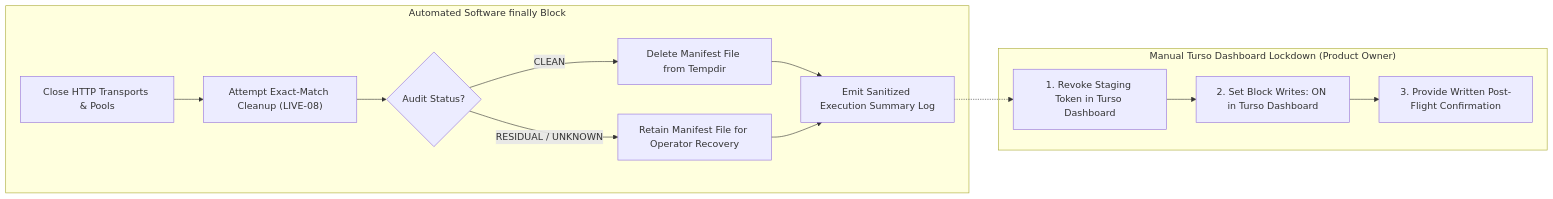
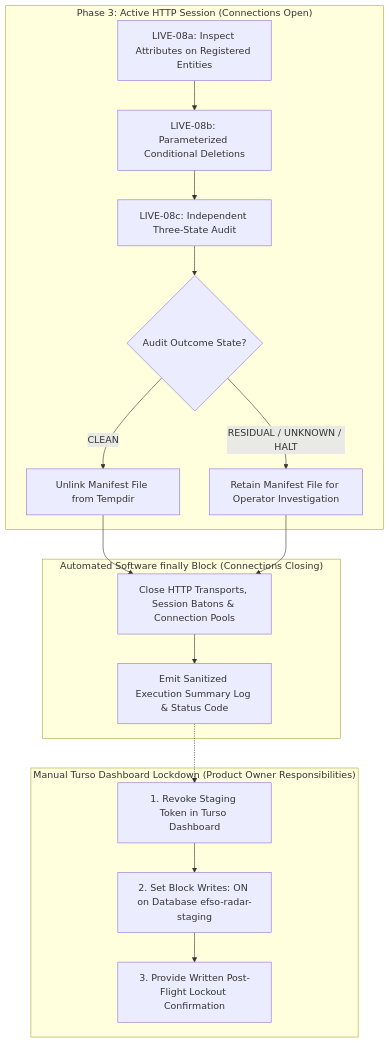
One commit to fatihemres/efso-radar changed the second of 2 diagrams in docs/PHASE5B3G_LIVE_STAGING_RELIABILITY_PLAN.md. Above: the diagram before and after it, drawn with Mermaid. The commit also changed other lines of this file, not shown here.

Commit message:
docs(phase5b3g): final operational safety hardening v2.2.0 with exact destination allowlist and conditional deletions

````diff
--- a/docs/PHASE5B3G_LIVE_STAGING_RELIABILITY_PLAN.md
+++ b/docs/PHASE5B3G_LIVE_STAGING_RELIABILITY_PLAN.md
@@ -332,17 +372,22 @@
 ```mermaid
-flowchart LR
-    subgraph SoftwareLayer["Automated Software finally Block"]
-        CloseHTTP["Close HTTP Transports & Pools"] --> RunCleanup["Attempt Exact-Match Cleanup (LIVE-08)"]
-        RunCleanup --> ManifestCheck{"Audit Status?"}
-        ManifestCheck -- CLEAN --> UnlinkManifest["Delete Manifest File from Tempdir"]
-        ManifestCheck -- RESIDUAL / UNKNOWN --> RetainManifest["Retain Manifest File for Operator Recovery"]
-        UnlinkManifest --> EmitLog["Emit Sanitized Execution Summary Log"]
-        RetainManifest --> EmitLog
+flowchart TD
+    subgraph ExecutionLayer["Phase 3: Active HTTP Session (Connections Open)"]
+        VerifyAttrs["LIVE-08a: Inspect Attributes on Registered Entities"] --> CondDelete["LIVE-08b: Parameterized Conditional Deletions"]
+        CondDelete --> StateAudit["LIVE-08c: Independent Three-State Audit"]
+        StateAudit --> AuditOutcome{"Audit Outcome State?"}
+        AuditOutcome -- "CLEAN" --> DeleteManifest["Unlink Manifest File from Tempdir"]
+        AuditOutcome -- "RESIDUAL / UNKNOWN / HALT" --> RetainManifest["Retain Manifest File for Operator Investigation"]
     end
 
-    subgraph OperatorLayer["Manual Turso Dashboard Lockdown (Product Owner)"]
+    subgraph SoftwareTeardown["Automated Software finally Block (Connections Closing)"]
+        DeleteManifest --> CloseHTTP["Close HTTP Transports, Session Batons & Connection Pools"]
+        RetainManifest --> CloseHTTP
+        CloseHTTP --> EmitLog["Emit Sanitized Execution Summary Log & Status Code"]
+    end
+
+    subgraph OperatorLockdown["Manual Turso Dashboard Lockdown (Product Owner Responsibilities)"]
         EmitLog -.-> ManualRevoke["1. Revoke Staging Token in Turso Dashboard"]
-        ManualRevoke --> ManualBlockWrites["2. Set Block Writes: ON in Turso Dashboard"]
-        ManualBlockWrites --> WrittenConfirm["3. Provide Written Post-Flight Confirmation"]
+        ManualRevoke --> ManualBlockWrites["2. Set Block Writes: ON on Database efso-radar-staging"]
+        ManualBlockWrites --> WrittenConfirm["3. Provide Written Post-Flight Lockout Confirmation"]
     end
 ```
````
